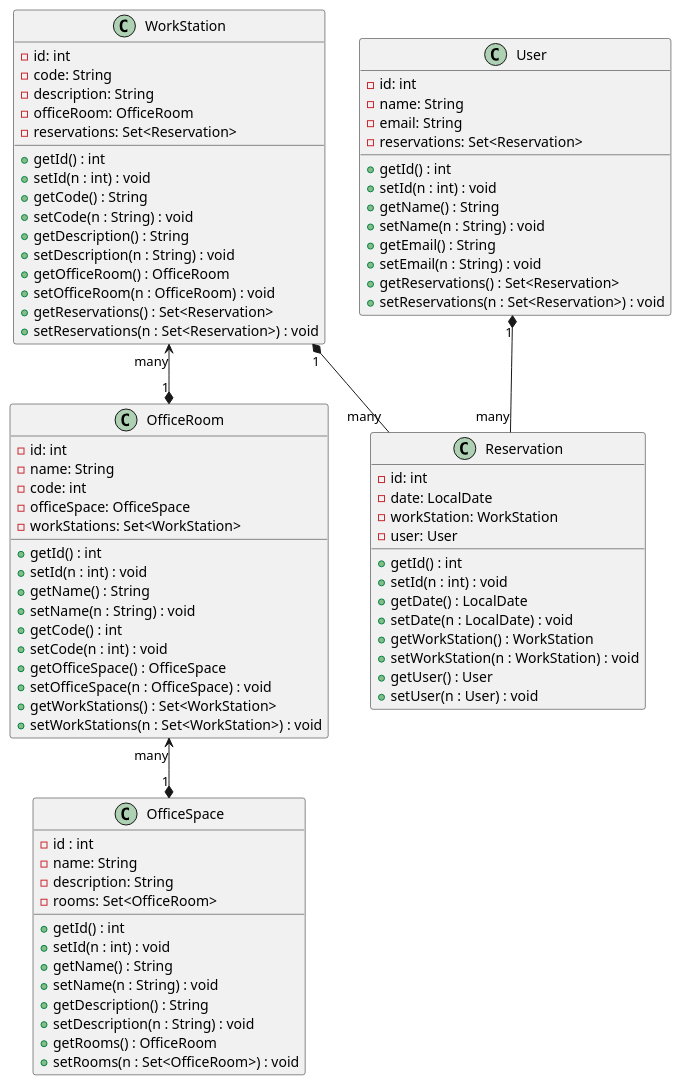
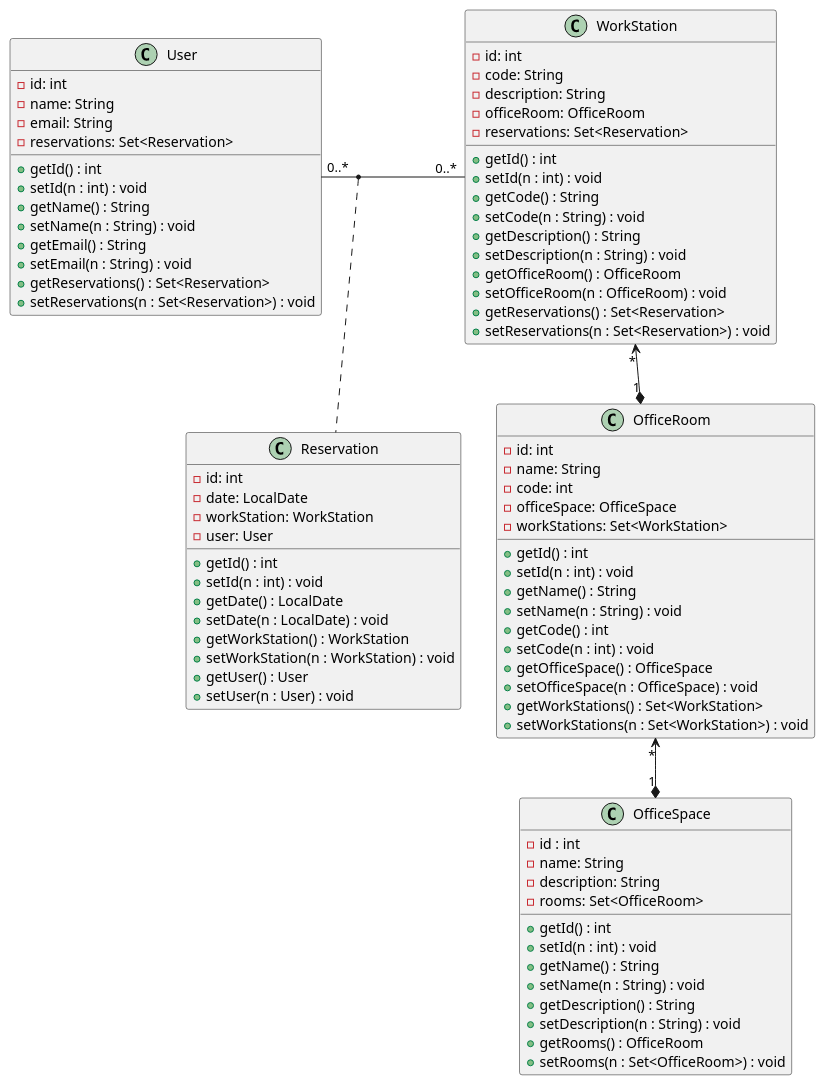
The diagram in diagram.puml (markoilic991/mi-reserve-your-spot), drawn with PlantUML before and after one commit.

Commit message:
RYS Task-2 create UML class diagram refactor class diagram for RYS project

```diff
--- a/diagram.puml
+++ b/diagram.puml
@@ -1,90 +1,90 @@
 @startuml
 
 class OfficeSpace {
     - id : int
     - name: String
     - description: String
     - rooms: Set<OfficeRoom>
 
     + getId() : int
     + setId(n : int) : void
     + getName() : String
     + setName(n : String) : void
     + getDescription() : String
     + setDescription(n : String) : void
     + getRooms() : OfficeRoom
     + setRooms(n : Set<OfficeRoom>) : void
 }
 class OfficeRoom {
     - id: int
     - name: String
     - code: int
     - officeSpace: OfficeSpace
     - workStations: Set<WorkStation>
 
     + getId() : int
     + setId(n : int) : void
     + getName() : String
     + setName(n : String) : void
     + getCode() : int
     + setCode(n : int) : void
     + getOfficeSpace() : OfficeSpace
     + setOfficeSpace(n : OfficeSpace) : void
     + getWorkStations() : Set<WorkStation>
     + setWorkStations(n : Set<WorkStation>) : void
 }
 class WorkStation {
     - id: int
     - code: String
     - description: String
     - officeRoom: OfficeRoom
     - reservations: Set<Reservation>
 
     + getId() : int
     + setId(n : int) : void
     + getCode() : String
     + setCode(n : String) : void
     + getDescription() : String
     + setDescription(n : String) : void
     + getOfficeRoom() : OfficeRoom
     + setOfficeRoom(n : OfficeRoom) : void
     + getReservations() : Set<Reservation>
     + setReservations(n : Set<Reservation>) : void
 }
 class User {
     - id: int
     - name: String
     - email: String
     - reservations: Set<Reservation>
 
     + getId() : int
     + setId(n : int) : void
     + getName() : String
     + setName(n : String) : void
     + getEmail() : String
     + setEmail(n : String) : void
     + getReservations() : Set<Reservation>
     + setReservations(n : Set<Reservation>) : void
 }
 class Reservation {
     - id: int
     - date: LocalDate
     - workStation: WorkStation
     - user: User
 
     + getId() : int
     + setId(n : int) : void
     + getDate() : LocalDate
     + setDate(n : LocalDate) : void
     + getWorkStation() : WorkStation
     + setWorkStation(n : WorkStation) : void
     + getUser() : User
     + setUser(n : User) : void
 }
 
-OfficeRoom "many" <--* "1" OfficeSpace
-WorkStation "many" <--* "1" OfficeRoom
-WorkStation "1" *-- "many" Reservation
-User "1" *-- "many" Reservation
+OfficeRoom "*" <--* "1" OfficeSpace
+WorkStation "*" <--* "1" OfficeRoom
+User "0..*" - "0..*" WorkStation
+(User, WorkStation) .. Reservation
 
 @enduml
```
